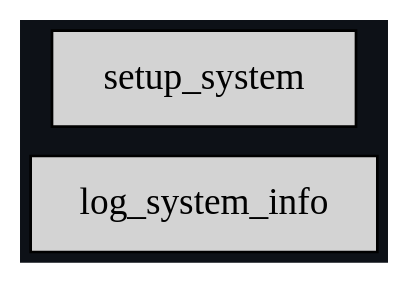
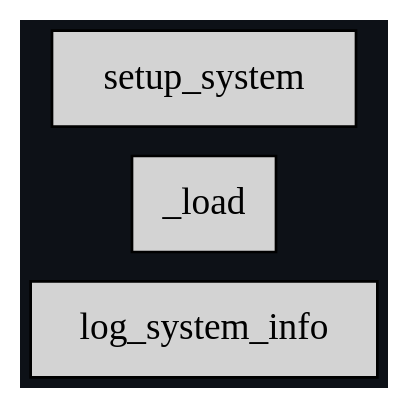
Before and after one commit to eerii/hello-bevy: the diagram in graphs/startup-schedule.dot, drawn with Graphviz. The commit also changed 6 other files, not shown here.

```diff
--- a/graphs/startup-schedule.dot
+++ b/graphs/startup-schedule.dot
@@ -1,12 +1,13 @@
 digraph "" {
 	"compound"="true";
 	"splines"="spline";
 	"rankdir"="LR";
 	"bgcolor"="#0d1117";
 	"fontname"="Helvetica";
 	"nodesep"="0.15";
 	edge ["penwidth"="2"];
 	node ["shape"="box", "style"="filled"];
 	"node_System(0)" ["label"="log_system_info", "tooltip"="bevy_diagnostic::system_information_diagnostics_plugin::internal::log_system_info"]
-	"node_System(1)" ["label"="setup_system", "tooltip"="bevy_diagnostic::frame_time_diagnostics_plugin::FrameTimeDiagnosticsPlugin::setup_system"]
+	"node_System(1)" ["label"="_load", "tooltip"="hello_bevy::save::_load"]
+	"node_System(2)" ["label"="setup_system", "tooltip"="bevy_diagnostic::frame_time_diagnostics_plugin::FrameTimeDiagnosticsPlugin::setup_system"]
 }
```
